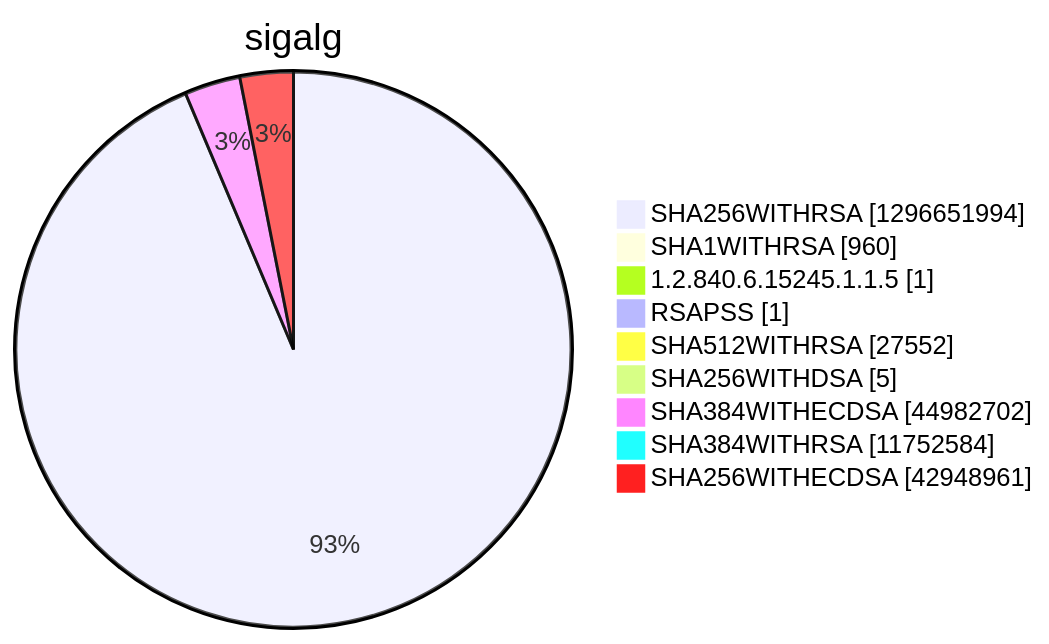
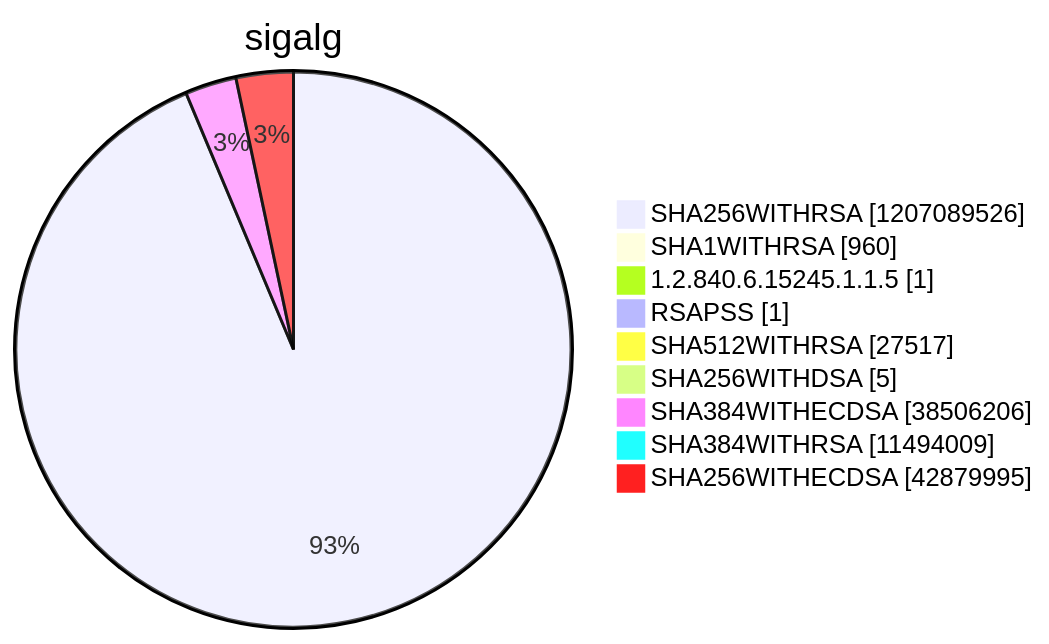
Diagram 15 of 15 in argon2022/README.md (christiankrug/ctmonitor_visualization), drawn with Mermaid before and after one commit. The commit also changed other lines of this file, not shown here.

````diff
--- a/argon2022/README.md
+++ b/argon2022/README.md
@@ -5523,13 +5519,13 @@
 ```mermaid
 pie showData
 title sigalg
-"SHA256WITHRSA" :1296651994
+"SHA256WITHRSA" :1207089526
 "SHA1WITHRSA" :960
 "1.2.840.6.15245.1.1.5" :1
 "RSAPSS" :1
-"SHA512WITHRSA" :27552
+"SHA512WITHRSA" :27517
 "SHA256WITHDSA" :5
-"SHA384WITHECDSA" :44982702
-"SHA384WITHRSA" :11752584
-"SHA256WITHECDSA" :42948961
+"SHA384WITHECDSA" :38506206
+"SHA384WITHRSA" :11494009
+"SHA256WITHECDSA" :42879995
 ```
````
